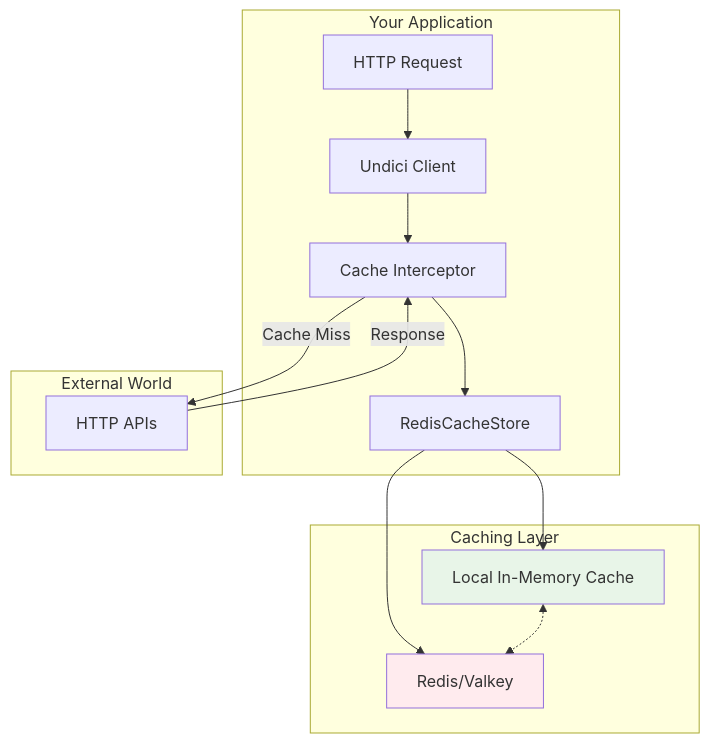
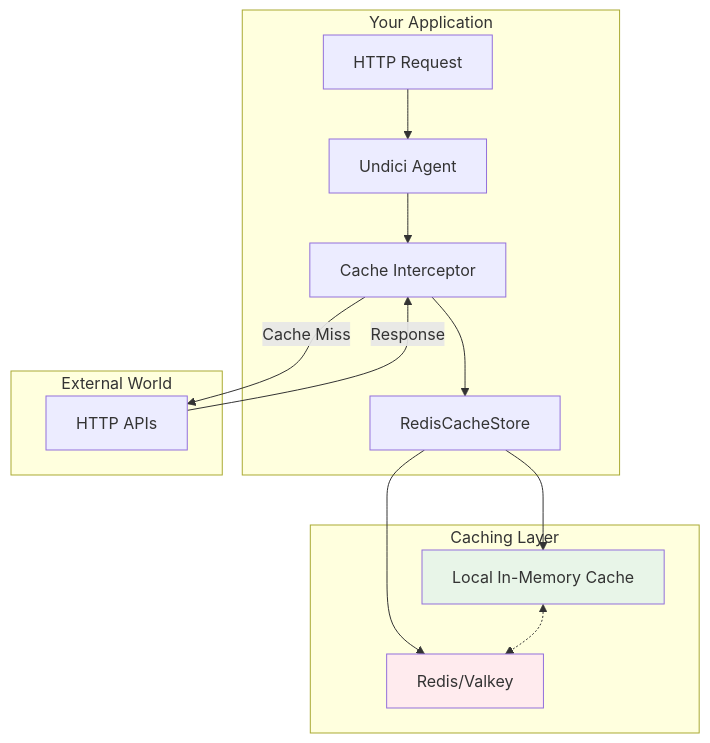
Before and after one commit to platformatic/undici-cache-redis: the diagram in blog-post.md, drawn with Mermaid. The commit also changed other lines of this file, not shown here.

First line of the commit message:
docs: update blog post to use Agent terminology instead of Client

````diff
--- a/blog-post.md
+++ b/blog-post.md
@@ -103,24 +103,24 @@
 ```mermaid
 graph TB
     subgraph "Your Application"
-        A[HTTP Request] --> B[Undici Client]
+        A[HTTP Request] --> B[Undici Agent]
         B --> C[Cache Interceptor]
         C --> D[RedisCacheStore]
     end
     
     subgraph "Caching Layer"
         D --> E[Local In-Memory Cache]
         D --> F[Redis/Valkey]
         E <-.-> F
     end
     
     subgraph "External World"
         G[HTTP APIs]
     end
     
     C -->|Cache Miss| G
     G -->|Response| C
     
     style E fill:#e8f5e8
     style F fill:#ffebee
 ```
````
